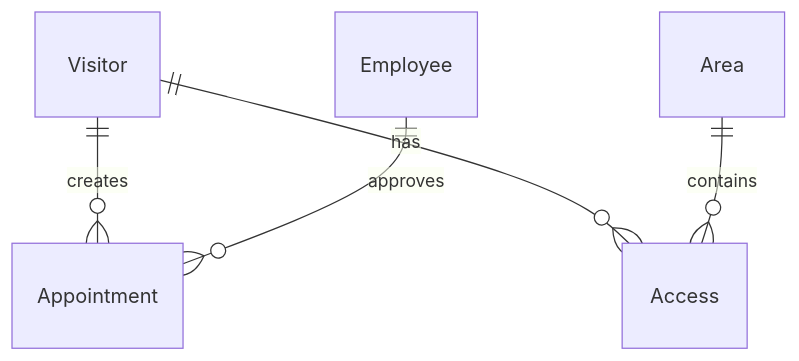
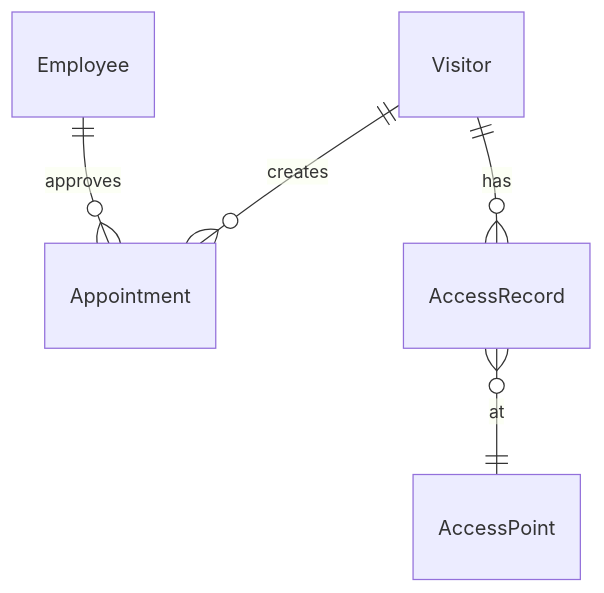
One commit to yuhaibao39/n8ndeploy changed the first of 3 diagrams in devel/outlinedesign.md. Above: the diagram before and after it, drawn with Mermaid. The commit also changed other lines of this file, not shown here.

````diff
--- a/devel/outlinedesign.md
+++ b/devel/outlinedesign.md
@@ -42,7 +56,7 @@
 ```mermaid
 erDiagram
     Visitor ||--o{ Appointment : creates
     Employee ||--o{ Appointment : approves
-    Visitor ||--o{ Access : has
-    Area ||--o{ Access : contains
+    Visitor ||--o{ AccessRecord : has
+    AccessRecord }o--|| AccessPoint : at
 ```
````
